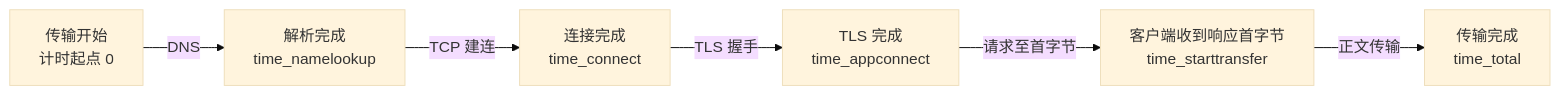
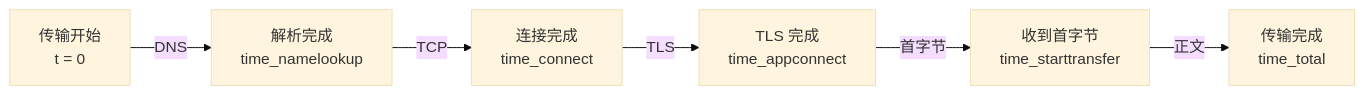
Before and after one commit to fordelkon/delkon.us.kg: the third of 3 diagrams in content/posts/networking/network-diagnostics-performance-troubleshooting.md, drawn with Mermaid (base theme). The commit also changed other lines of this file and 8 other files, not shown here.

First line of the commit message:
docs: audit networking series with C17 examples and diagram fixes

````diff
--- a/content/posts/networking/network-diagnostics-performance-troubleshooting.md
+++ b/content/posts/networking/network-diagnostics-performance-troubleshooting.md
@@ -191,8 +198,11 @@
 ```mermaid mobile-direction="TB" title="curl 的累计计时点" description="适用于新建 TCP 连接、直连且无重定向的一次成功 HTTPS 传输。每个时间值都从同一起点计算。相邻时间相减得到下表的阶段耗时；图上的距离只表示顺序。请求至首字节包括请求发送、网络往返和服务端处理。"
 flowchart LR
- start["传输开始<br/>计时起点 0"] -->|DNS| dns["解析完成<br/>time_namelookup"]
- dns -->|TCP 建连| tcp["连接完成<br/>time_connect"]
- tcp -->|TLS 握手| tls["TLS 完成<br/>time_appconnect"]
- tls -->|请求至首字节| first["客户端收到响应首字节<br/>time_starttransfer"]
- first -->|正文传输| total["传输完成<br/>time_total"]
+ start["传输开始<br/>t = 0"] -->|DNS| dns["解析完成<br/>time_namelookup"]
+ dns -->|TCP| tcp["连接完成<br/>time_connect"]
+ tcp -->|TLS| tls["TLS 完成<br/>time_appconnect"]
+ tls -->|首字节| first["收到首字节<br/>time_starttransfer"]
+ first -->|正文| total["传输完成<br/>time_total"]
+ class start actor
+ class dns,tcp,tls,first state
+ class total result
 ```
````
